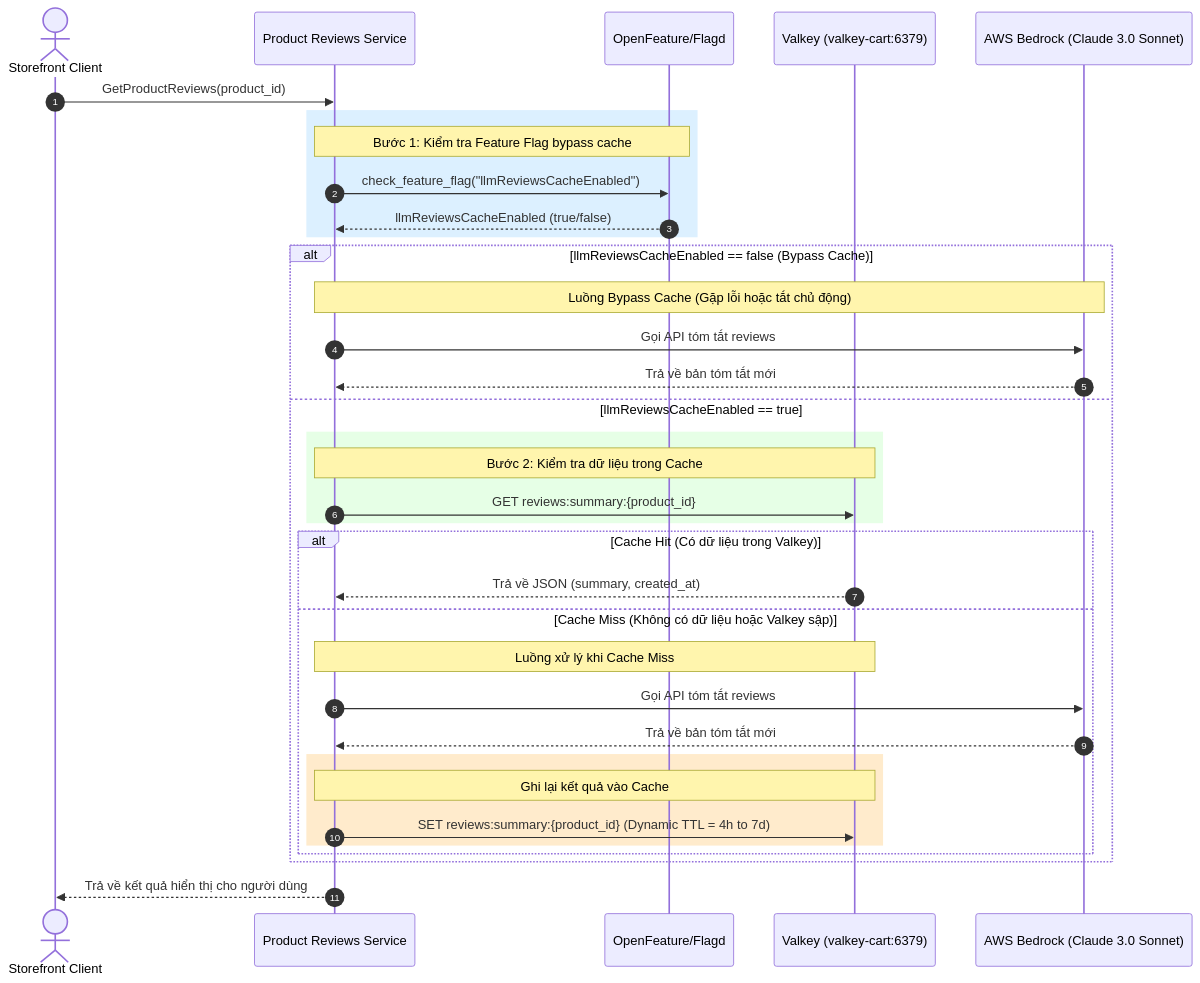
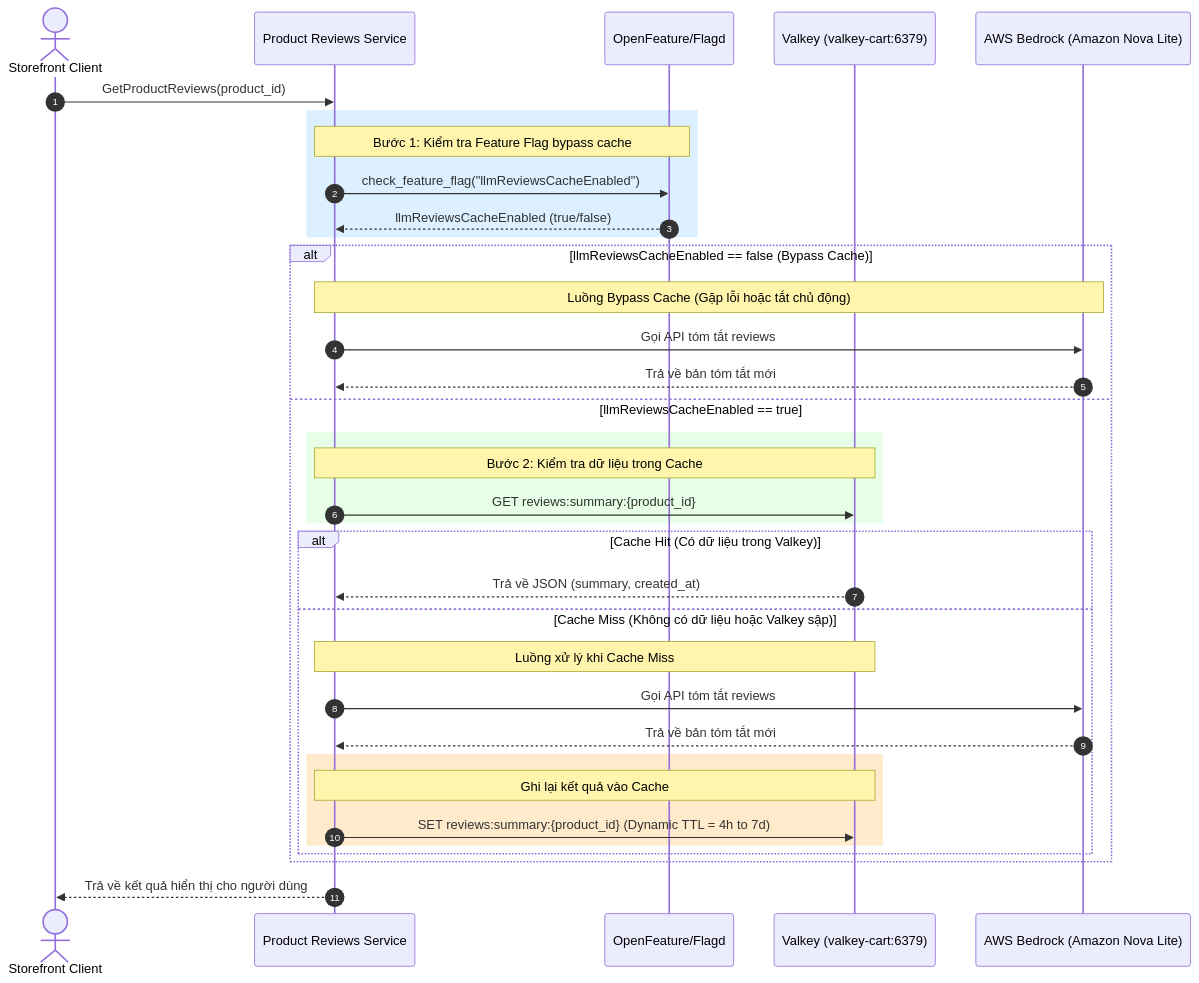
One commit to nguyenductien-qnm/capstone-phase-3 changed the diagram in docs/ai/specs/valkey_caching.md. Above: the diagram before and after it, drawn with Mermaid. The commit also changed other lines of this file and 18 other files, not shown here.

````diff
--- a/docs/ai/specs/valkey_caching.md
+++ b/docs/ai/specs/valkey_caching.md
@@ -5,43 +5,43 @@
 ```mermaid
 sequenceDiagram
     autonumber
     actor Client as Storefront Client
     participant Reviews as Product Reviews Service
     participant Flagd as OpenFeature/Flagd
     participant Valkey as Valkey (valkey-cart:6379)
-    participant Bedrock as AWS Bedrock (Claude 3.0 Sonnet)
+    participant Bedrock as AWS Bedrock (Amazon Nova Lite)
 
     Client->>Reviews: GetProductReviews(product_id)
     
     rect rgb(220, 240, 255)
         note over Reviews, Flagd: Bước 1: Kiểm tra Feature Flag bypass cache
         Reviews->>Flagd: check_feature_flag("llmReviewsCacheEnabled")
         Flagd-->>Reviews: llmReviewsCacheEnabled (true/false)
     end
 
     alt llmReviewsCacheEnabled == false (Bypass Cache)
         note over Reviews, Bedrock: Luồng Bypass Cache (Gặp lỗi hoặc tắt chủ động)
         Reviews->>Bedrock: Gọi API tóm tắt reviews
         Bedrock-->>Reviews: Trả về bản tóm tắt mới
     else llmReviewsCacheEnabled == true
         rect rgb(230, 255, 230)
             note over Reviews, Valkey: Bước 2: Kiểm tra dữ liệu trong Cache
             Reviews->>Valkey: GET reviews:summary:{product_id}
         end
         
         alt Cache Hit (Có dữ liệu trong Valkey)
             Valkey-->>Reviews: Trả về JSON (summary, created_at)
         else Cache Miss (Không có dữ liệu hoặc Valkey sập)
             note over Reviews, Valkey: Luồng xử lý khi Cache Miss
             Reviews->>Bedrock: Gọi API tóm tắt reviews
             Bedrock-->>Reviews: Trả về bản tóm tắt mới
             
             rect rgb(255, 235, 204)
                 note over Reviews, Valkey: Ghi lại kết quả vào Cache
                 Reviews->>Valkey: SET reviews:summary:{product_id} (Dynamic TTL = 4h to 7d)
             end
         end
     end
     
     Reviews-->>Client: Trả về kết quả hiển thị cho người dùng
 ```
````
